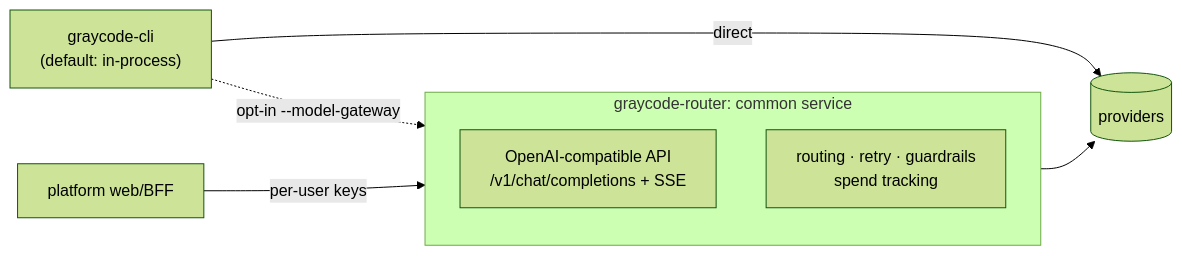
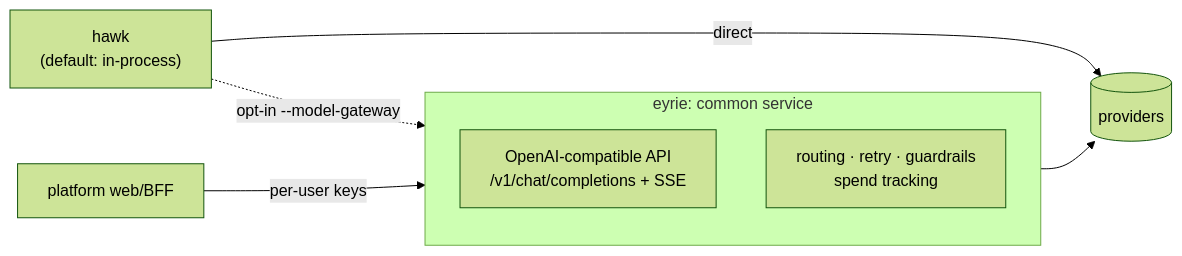
One commit to GrayCodeAI/Rhov changed the second of 2 diagrams in docs/design/three-repo-architecture.md. Above: the diagram before and after it, drawn with Mermaid (forest theme). The commit also changed other lines of this file and 1424 other files, not shown here.

First line of the commit message:
chore!: rename graycode back to hawk (#301)

````diff
--- a/docs/design/three-repo-architecture.md
+++ b/docs/design/three-repo-architecture.md
@@ -42,11 +42,11 @@
 ```mermaid
 flowchart LR
-    CLI2["graycode-cli\n(default: in-process)"] -. "opt-in --model-gateway" .-> GW
+    CLI2["hawk\n(default: in-process)"] -. "opt-in --model-gateway" .-> GW
     WEB2["platform web/BFF"] -->|per-user keys| GW
-    subgraph GW["graycode-router: common service"]
+    subgraph GW["eyrie: common service"]
         API["OpenAI-compatible API\n/v1/chat/completions + SSE"]
         POL["routing · retry · guardrails\nspend tracking"]
     end
     GW --> PROV[(providers)]
     CLI2 -->|direct| PROV
 ```
````
